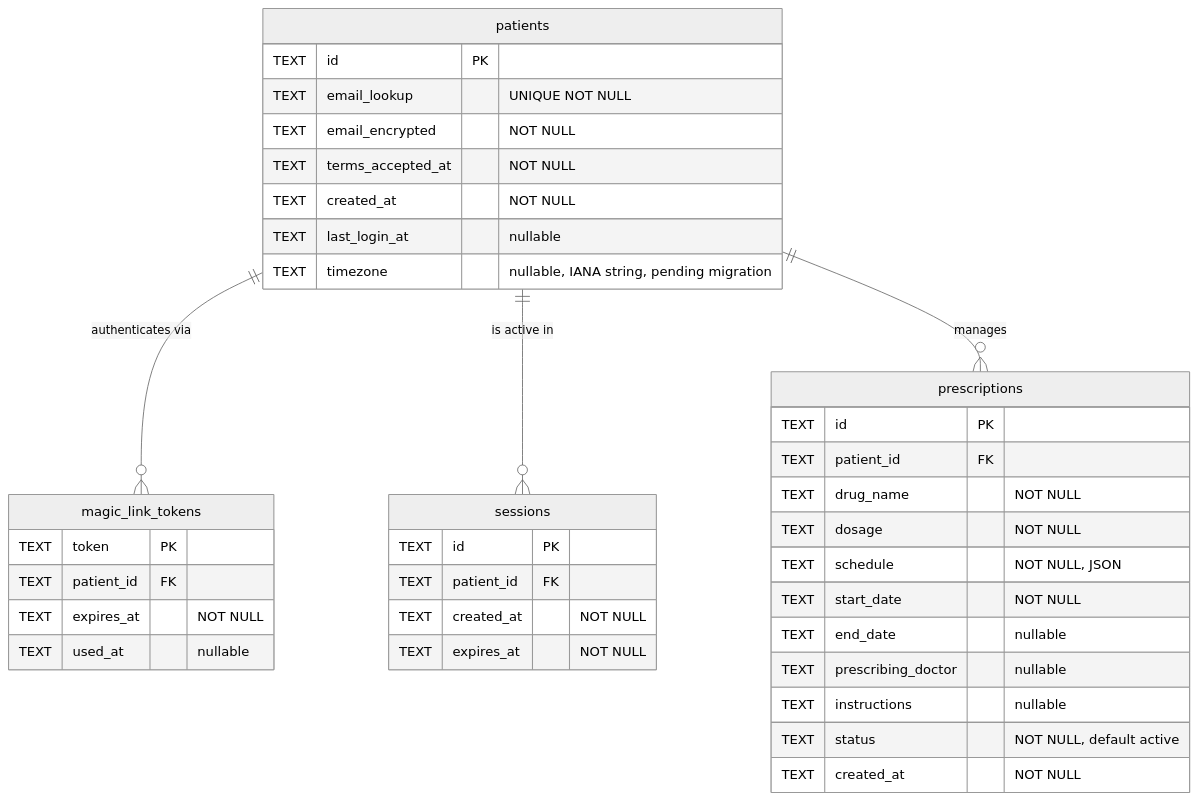
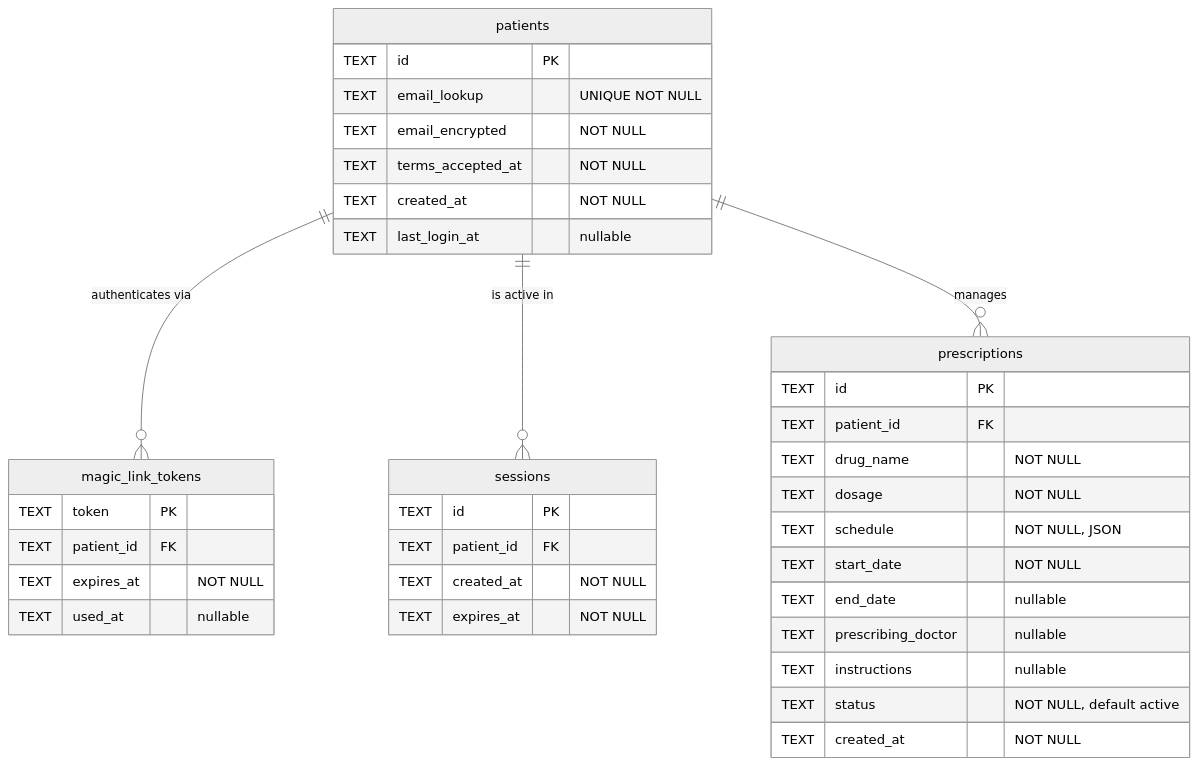
The diagram in CONTEXT.md (ianjmacintosh/pillbug), drawn with Mermaid (neutral theme) before and after one commit. The commit also changed other lines of this file, not shown here.

First line of the commit message:
Revert premature CONTEXT.md changes; timezone detail lives in ADR-0013

````diff
--- a/CONTEXT.md
+++ b/CONTEXT.md
@@ -132,44 +130,43 @@
 ```mermaid
 erDiagram
     patients {
         TEXT id PK
         TEXT email_lookup "UNIQUE NOT NULL"
         TEXT email_encrypted "NOT NULL"
         TEXT terms_accepted_at "NOT NULL"
         TEXT created_at "NOT NULL"
         TEXT last_login_at "nullable"
-        TEXT timezone "nullable, IANA string, pending migration"
     }
 
     magic_link_tokens {
         TEXT token PK
         TEXT patient_id FK
         TEXT expires_at "NOT NULL"
         TEXT used_at "nullable"
     }
 
     sessions {
         TEXT id PK
         TEXT patient_id FK
         TEXT created_at "NOT NULL"
         TEXT expires_at "NOT NULL"
     }
 
     prescriptions {
         TEXT id PK
         TEXT patient_id FK
         TEXT drug_name "NOT NULL"
         TEXT dosage "NOT NULL"
         TEXT schedule "NOT NULL, JSON"
         TEXT start_date "NOT NULL"
         TEXT end_date "nullable"
         TEXT prescribing_doctor "nullable"
         TEXT instructions "nullable"
         TEXT status "NOT NULL, default active"
         TEXT created_at "NOT NULL"
     }
 
     patients ||--o{ magic_link_tokens : "authenticates via"
     patients ||--o{ sessions : "is active in"
     patients ||--o{ prescriptions : "manages"
 ```
````
